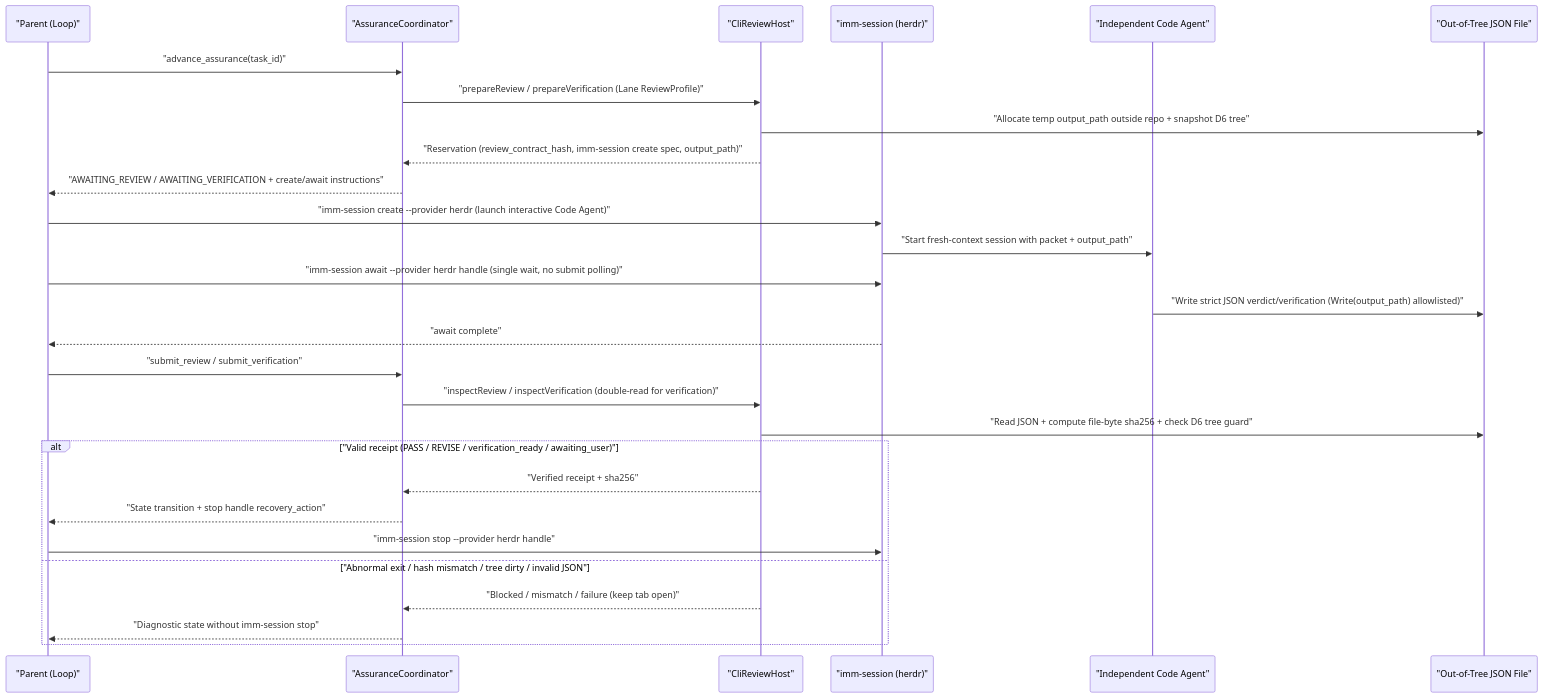
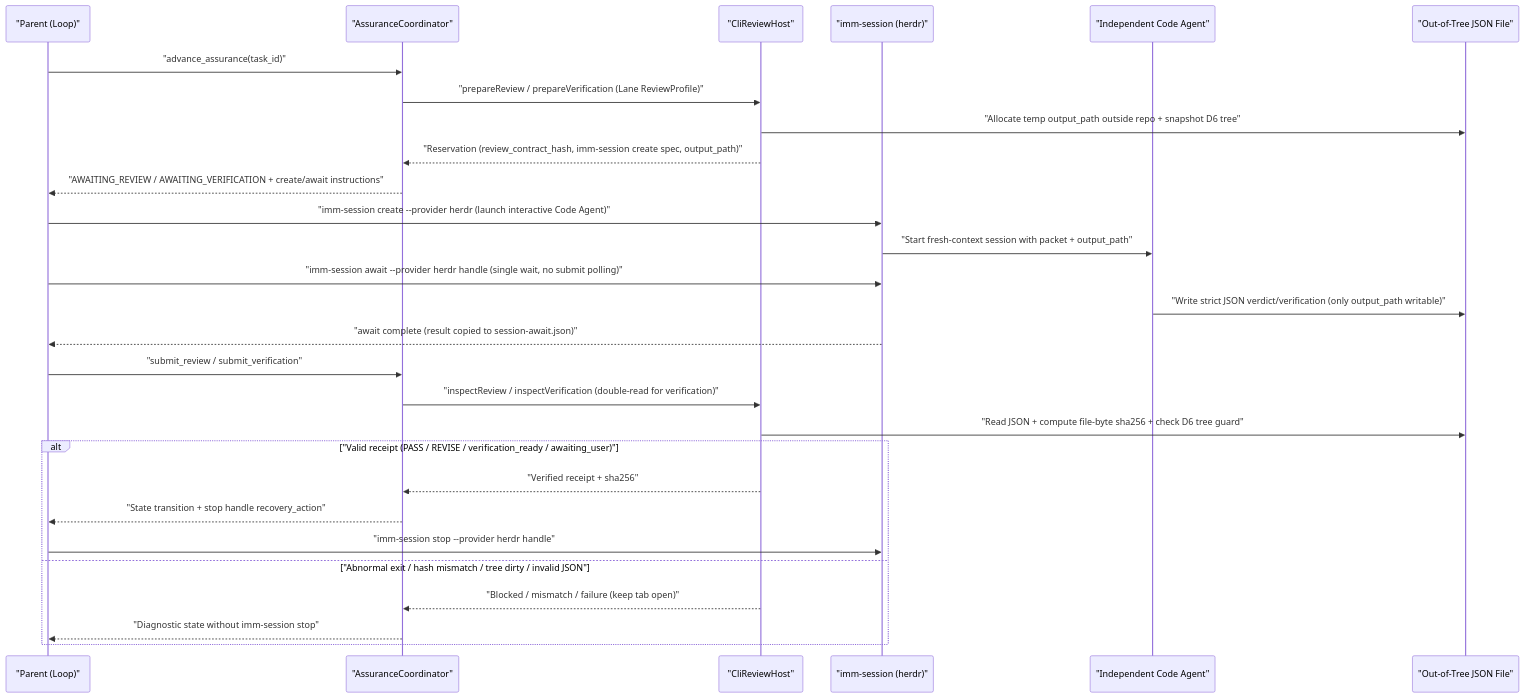
The diagram in docs/specs/explicit-port-review-session.spec.md (dereknex/immune-brain), drawn with Mermaid before and after one commit. The commit also changed other lines of this file and 21 other files, not shown here.

````diff
--- a/docs/specs/explicit-port-review-session.spec.md
+++ b/docs/specs/explicit-port-review-session.spec.md
@@ -57,31 +59,31 @@
 ```mermaid
 sequenceDiagram
     participant Parent as "Parent (Loop)"
     participant Coord as "AssuranceCoordinator"
     participant Host as "CliReviewHost"
     participant Port as "imm-session (herdr)"
     participant Agent as "Independent Code Agent"
     participant File as "Out-of-Tree JSON File"
 
     Parent->>Coord: "advance_assurance(task_id)"
     Coord->>Host: "prepareReview / prepareVerification (Lane ReviewProfile)"
     Host->>File: "Allocate temp output_path outside repo + snapshot D6 tree"
     Host-->>Coord: "Reservation (review_contract_hash, imm-session create spec, output_path)"
     Coord-->>Parent: "AWAITING_REVIEW / AWAITING_VERIFICATION + create/await instructions"
     Parent->>Port: "imm-session create --provider herdr (launch interactive Code Agent)"
     Port->>Agent: "Start fresh-context session with packet + output_path"
     Parent->>Port: "imm-session await --provider herdr handle (single wait, no submit polling)"
-    Agent->>File: "Write strict JSON verdict/verification (Write(output_path) allowlisted)"
-    Port-->>Parent: "await complete"
+    Agent->>File: "Write strict JSON verdict/verification (only output_path writable)"
+    Port-->>Parent: "await complete (result copied to session-await.json)"
     Parent->>Coord: "submit_review / submit_verification"
     Coord->>Host: "inspectReview / inspectVerification (double-read for verification)"
     Host->>File: "Read JSON + compute file-byte sha256 + check D6 tree guard"
     alt "Valid receipt (PASS / REVISE / verification_ready / awaiting_user)"
         Host-->>Coord: "Verified receipt + sha256"
         Coord-->>Parent: "State transition + stop handle recovery_action"
         Parent->>Port: "imm-session stop --provider herdr handle"
     else "Abnormal exit / hash mismatch / tree dirty / invalid JSON"
         Host-->>Coord: "Blocked / mismatch / failure (keep tab open)"
         Coord-->>Parent: "Diagnostic state without imm-session stop"
     end
 ```
````
